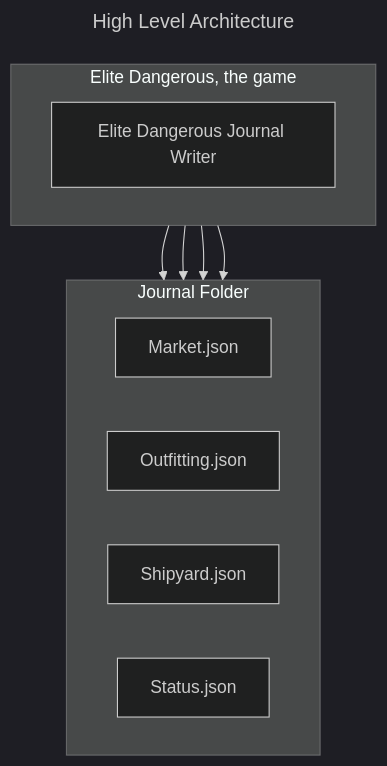
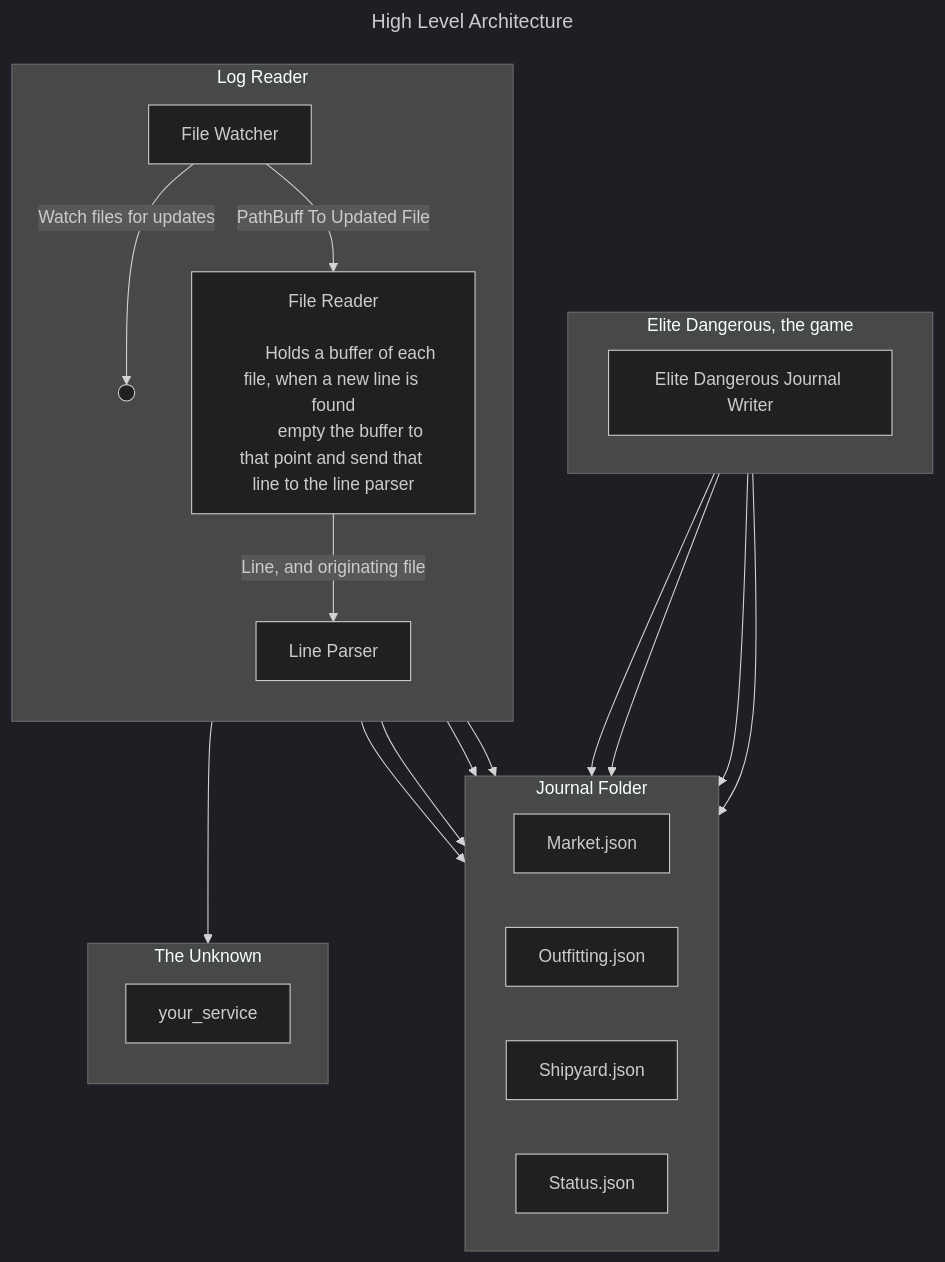
The diagram in README.md (imcnaugh/watch_dir), drawn with Mermaid (dark theme) before and after one commit. The commit also changed other lines of this file and 1 other file, not shown here.

Commit message:
updating readme with high level design

````diff
--- a/README.md
+++ b/README.md
@@ -3,25 +12,52 @@
 ```mermaid
 ---
 title: High Level Architecture
 ---
 flowchart 
-    subgraph "Elite Dangerous, the game"
+    subgraph A["Elite Dangerous, the game"]
         direction LR
         ed_log_writer["Elite Dangerous Journal Writer"]
     end
 
-    subgraph Journal Folder
+    subgraph B["Journal Folder"]
         direction LR
         market_journal[Market.json]
         outfitting_journal[Outfitting.json]
         shipyard_journal[Shipyard.json]
         status_journal[Status.json]
     end
 
-
+    subgraph C["Log Reader"]
+        direction TB
+        
+        j_reader(( ))
+        file_watcher["File Watcher"]
+        file_reader["File Reader
+        
+        Holds a buffer of each file, when a new line is found
+        empty the buffer to that point and send that line to the line parser"]
+        line_parser["Line Parser"]
+        
+        file_watcher -->|PathBuff To Updated File| file_reader
+        file_reader --> |Line, and originating file|line_parser
+    end
+    
+    subgraph D["The Unknown"]
+        direction TB
+        
+        your_service
+    end
+    
     ed_log_writer --> market_journal
     ed_log_writer --> outfitting_journal
     ed_log_writer --> shipyard_journal
     ed_log_writer --> status_journal
+
+    file_watcher -->|Watch files for updates| j_reader
+    j_reader --> market_journal
+    j_reader --> outfitting_journal
+    j_reader --> shipyard_journal
+    j_reader --> status_journal
     
+    line_parser --> your_service
 ```
````
